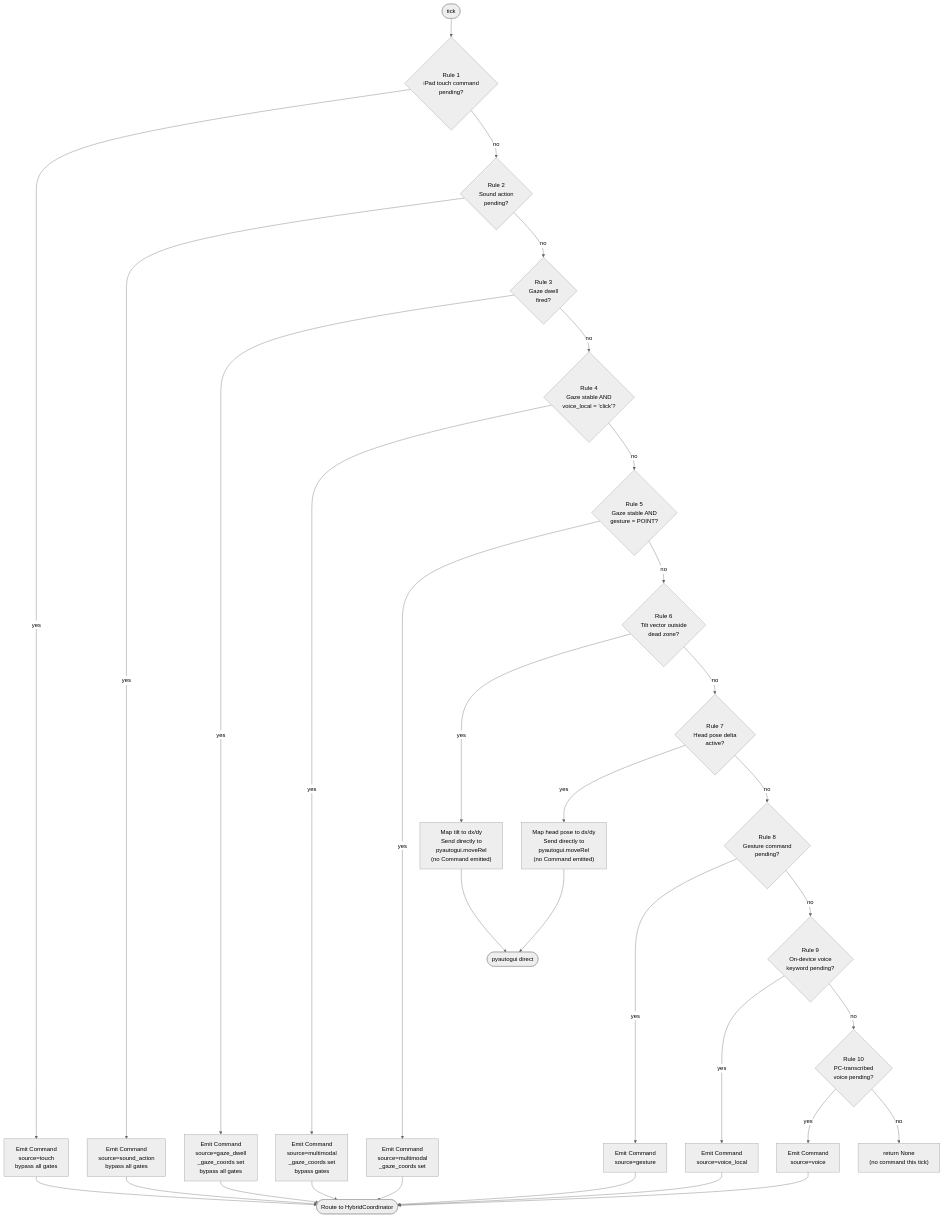
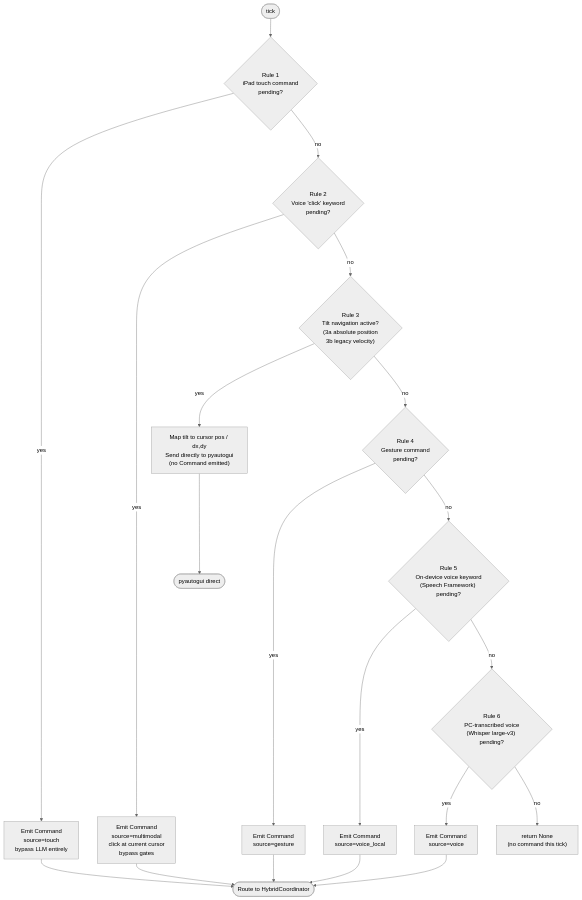
Before and after one commit to Bradly187/Personal-Desktop-Agent: the first of 5 diagrams in specs/ipad-sensor-focus/diagrams/06-fusion-routing.md, drawn with Mermaid (neutral theme). The commit also changed other lines of this file and 16 other files, not shown here.

````diff
--- a/specs/ipad-sensor-focus/diagrams/06-fusion-routing.md
+++ b/specs/ipad-sensor-focus/diagrams/06-fusion-routing.md
@@ -7,55 +12,35 @@
 ```mermaid
 flowchart TD
     Start([tick]) --> R1
 
     R1{"Rule 1\niPad touch command\npending?"}
-    R1 -->|yes| E1["Emit Command\nsource=touch\nbypass all gates"]
+    R1 -->|yes| E1["Emit Command\nsource=touch\nbypass LLM entirely"]
     R1 -->|no| R2
 
-    R2{"Rule 2\nSound action\npending?"}
-    R2 -->|yes| E2["Emit Command\nsource=sound_action\nbypass all gates"]
+    R2{"Rule 2\nVoice 'click' keyword\npending?"}
+    R2 -->|yes| E2["Emit Command\nsource=multimodal\nclick at current cursor\nbypass gates"]
     R2 -->|no| R3
 
-    R3{"Rule 3\nGaze dwell\nfired?"}
-    R3 -->|yes| E3["Emit Command\nsource=gaze_dwell\n_gaze_coords set\nbypass all gates"]
+    R3{"Rule 3\nTilt navigation active?\n(3a absolute position\n3b legacy velocity)"}
+    R3 -->|yes| E3["Map tilt to cursor pos / dx,dy\nSend directly to pyautogui\n(no Command emitted)"]
     R3 -->|no| R4
 
-    R4{"Rule 4\nGaze stable AND\nvoice_local = 'click'?"}
-    R4 -->|yes| E4["Emit Command\nsource=multimodal\n_gaze_coords set\nbypass gates"]
+    R4{"Rule 4\nGesture command\npending?"}
+    R4 -->|yes| E4["Emit Command\nsource=gesture"]
     R4 -->|no| R5
 
-    R5{"Rule 5\nGaze stable AND\ngesture = POINT?"}
-    R5 -->|yes| E5["Emit Command\nsource=multimodal\n_gaze_coords set"]
+    R5{"Rule 5\nOn-device voice keyword\n(Speech Framework) pending?"}
+    R5 -->|yes| E5["Emit Command\nsource=voice_local"]
     R5 -->|no| R6
 
-    R6{"Rule 6\nTilt vector outside\ndead zone?"}
-    R6 -->|yes| E6["Map tilt to dx/dy\nSend directly to\npyautogui.moveRel\n(no Command emitted)"]
-    R6 -->|no| R7
-
-    R7{"Rule 7\nHead pose delta\nactive?"}
-    R7 -->|yes| E7["Map head pose to dx/dy\nSend directly to\npyautogui.moveRel\n(no Command emitted)"]
-    R7 -->|no| R8
-
-    R8{"Rule 8\nGesture command\npending?"}
-    R8 -->|yes| E8["Emit Command\nsource=gesture"]
-    R8 -->|no| R9
-
-    R9{"Rule 9\nOn-device voice\nkeyword pending?"}
-    R9 -->|yes| E9["Emit Command\nsource=voice_local"]
-    R9 -->|no| R10
-
-    R10{"Rule 10\nPC-transcribed\nvoice pending?"}
-    R10 -->|yes| E10["Emit Command\nsource=voice"]
-    R10 -->|no| NONE["return None\n(no command this tick)"]
+    R6{"Rule 6\nPC-transcribed voice\n(Whisper large-v3) pending?"}
+    R6 -->|yes| E6["Emit Command\nsource=voice"]
+    R6 -->|no| NONE["return None\n(no command this tick)"]
 
     E1 --> COORD([Route to HybridCoordinator])
     E2 --> COORD
-    E3 --> COORD
     E4 --> COORD
     E5 --> COORD
-    E8 --> COORD
-    E9 --> COORD
-    E10 --> COORD
-    E6 --> PYAG([pyautogui direct])
-    E7 --> PYAG
+    E6 --> COORD
+    E3 --> PYAG([pyautogui direct])
 ```
````
